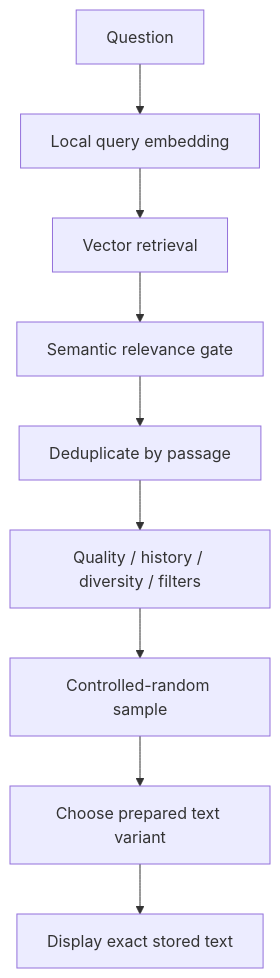
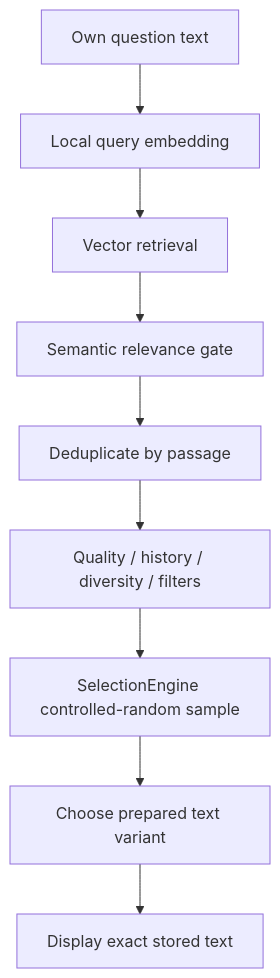
Before and after one commit to folk21/sibyl: the second of 4 diagrams in docs/ARCHITECTURE.md, drawn with Mermaid. The commit also changed other lines of this file and 59 other files, not shown here.

````diff
--- a/docs/ARCHITECTURE.md
+++ b/docs/ARCHITECTURE.md
@@ -138,11 +142,11 @@
 ```mermaid
 flowchart TD
-    Q[Question] --> E[Local query embedding]
+    Q[Own question text] --> E[Local query embedding]
     E --> V[Vector retrieval]
     V --> G[Semantic relevance gate]
     G --> D[Deduplicate by passage]
     D --> W[Quality / history / diversity / filters]
-    W --> R[Controlled-random sample]
+    W --> R[SelectionEngine controlled-random sample]
     R --> T[Choose prepared text variant]
     T --> O[Display exact stored text]
 ```
````
